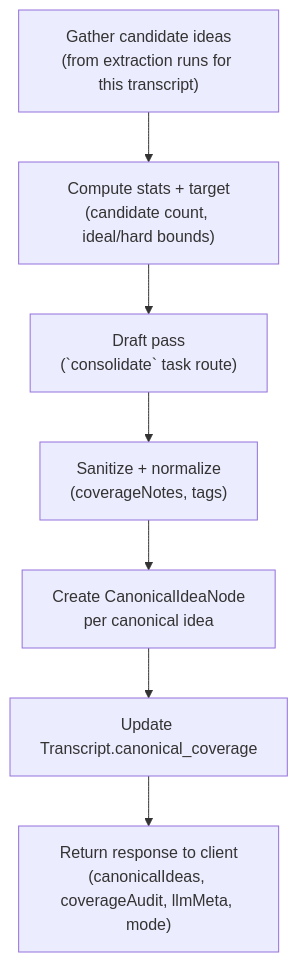
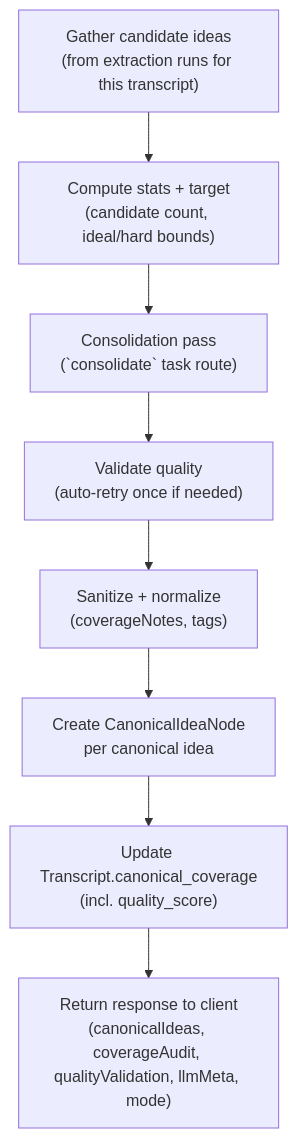
The second of 4 diagrams in docs/08_CANONICAL_IDEA_CONSOLIDATION.md (finografic/llaab), drawn with Mermaid before and after one commit. The commit also changed other lines of this file, not shown here.

First line of the commit message:
docs(vault): align consolidation docs with single-pass pipeline

````diff
--- a/docs/08_CANONICAL_IDEA_CONSOLIDATION.md
+++ b/docs/08_CANONICAL_IDEA_CONSOLIDATION.md
@@ -53,9 +53,10 @@
 ```mermaid
 flowchart TD
   A["Gather candidate ideas\n(from extraction runs for this transcript)"] --> B["Compute stats + target\n(candidate count, ideal/hard bounds)"]
-  B --> C["Draft pass\n(`consolidate` task route)"]
-  C --> F["Sanitize + normalize\n(coverageNotes, tags)"]
-  F --> G["Create CanonicalIdeaNode\nper canonical idea"]
-  G --> H["Update Transcript.canonical_coverage"]
-  H --> I["Return response to client\n(canonicalIdeas, coverageAudit, llmMeta, mode)"]
+  B --> C["Consolidation pass\n(`consolidate` task route)"]
+  C --> D["Validate quality\n(auto-retry once if needed)"]
+  D --> E["Sanitize + normalize\n(coverageNotes, tags)"]
+  E --> F["Create CanonicalIdeaNode\nper canonical idea"]
+  F --> G["Update Transcript.canonical_coverage\n(incl. quality_score)"]
+  G --> H["Return response to client\n(canonicalIdeas, coverageAudit, qualityValidation, llmMeta, mode)"]
 ```
````
